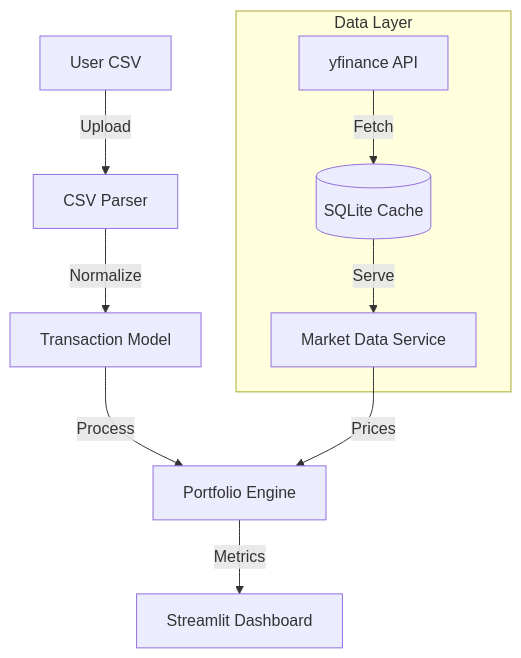
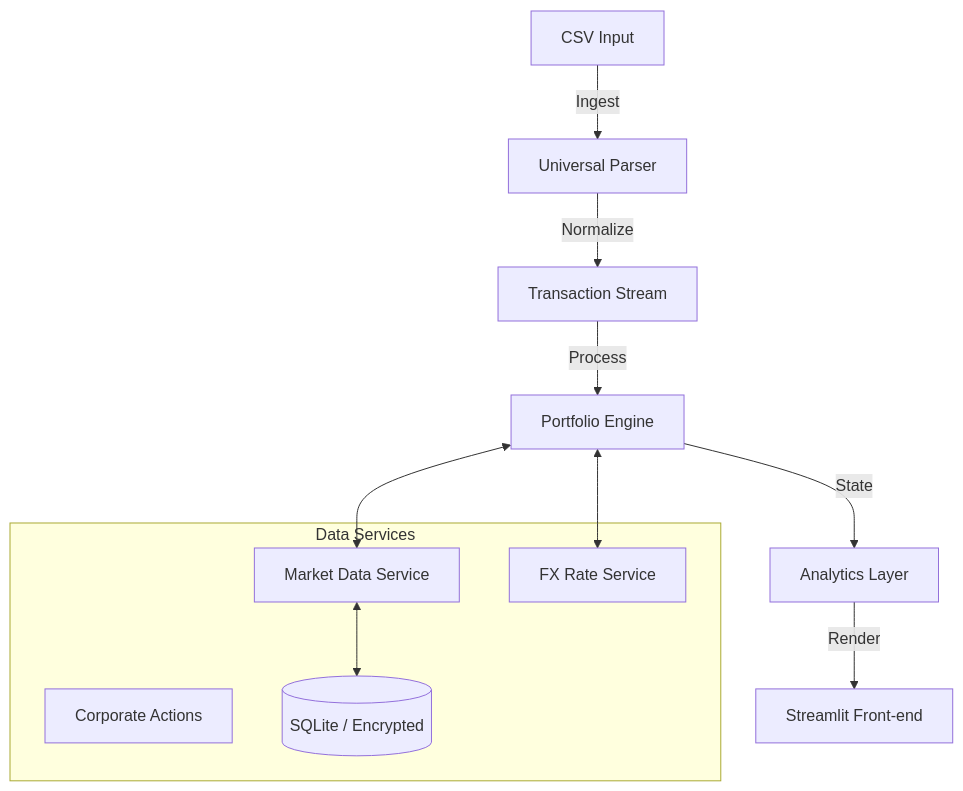
The diagram in README.md (EGZX/PortfolioViewer), drawn with Mermaid before and after one commit. The commit also changed other lines of this file and 8 other files, not shown here.

````diff
--- a/README.md
+++ b/README.md
@@ -58,14 +19,20 @@
 ```mermaid
 graph TD
-    User[User CSV] -->|Upload| Parser[CSV Parser]
-    Parser -->|Normalize| Trans[Transaction Model]
-    Trans -->|Process| Portfolio[Portfolio Engine]
+    User[CSV Input] -->|Ingest| Parser[Universal Parser]
+    Parser -->|Normalize| Stream[Transaction Stream]
+    Stream -->|Process| Engine[Portfolio Engine]
     
-    subgraph "Data Layer"
-        YF[yfinance API] -->|Fetch| Cache[(SQLite Cache)]
-        Cache -->|Serve| Service[Market Data Service]
+    subgraph "Data Services"
+        Market[Market Data Service]
+        FX[FX Rate Service]
+        Actions[Corporate Actions]
+        Cache[(SQLite / Encrypted)]
     end
     
-    Service -->|Prices| Portfolio
-    Portfolio -->|Metrics| UI[Streamlit Dashboard]
+    Market <--> Cache
+    Engine <--> Market
+    Engine <--> FX
+    
+    Engine -->|State| Analytics[Analytics Layer]
+    Analytics -->|Render| UI[Streamlit Front-end]
 ```
````
